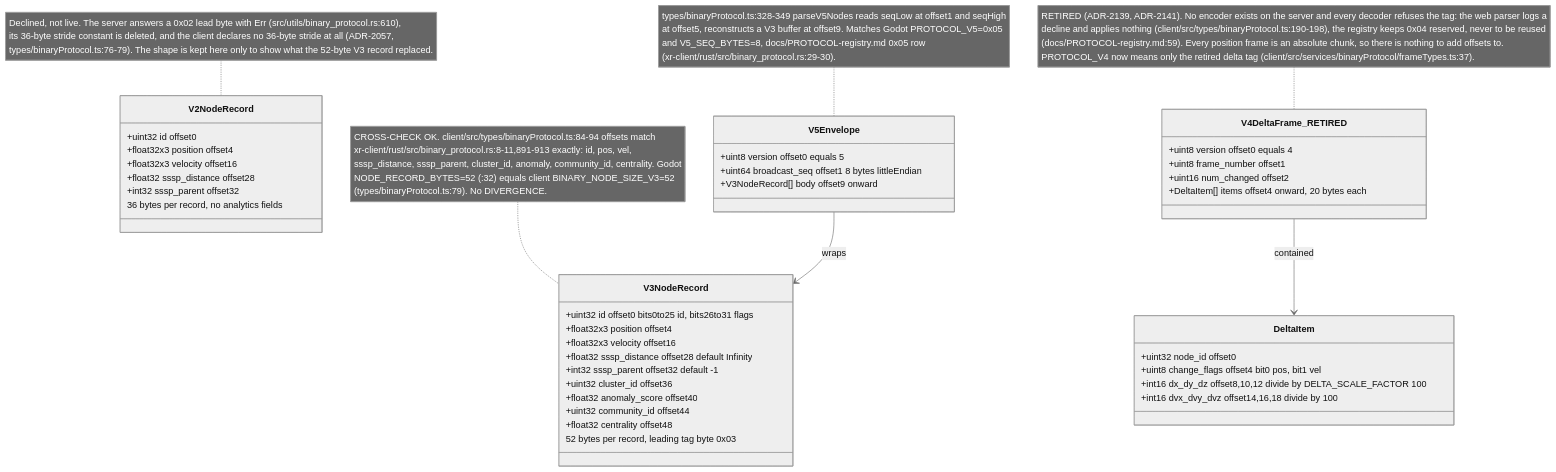
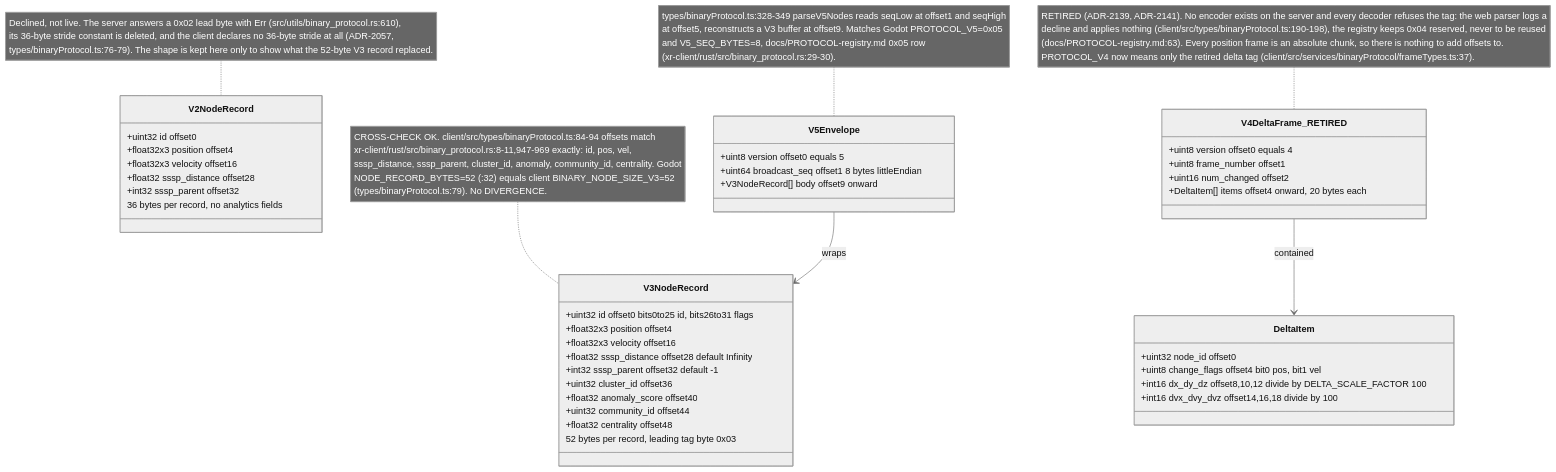
One commit to DreamLab-AI/VisionFlow changed the fifth of 14 diagrams in docs/diagrams/visionclaw/32-client-websocket-and-binary.md. Above: the diagram before and after it, drawn with Mermaid (neutral theme). The commit also changed other lines of this file and 56 other files, not shown here.

First line of the commit message:
docs(diagrams): re-verify VisionClaw topics at ec785afa9, add VC-19/56/57 and the VisionClaw register

````diff
--- a/docs/diagrams/visionclaw/32-client-websocket-and-binary.md
+++ b/docs/diagrams/visionclaw/32-client-websocket-and-binary.md
@@ -250,46 +265,46 @@
 ```mermaid
 classDiagram
     class V3NodeRecord {
       +uint32 id  offset0  bits0to25 id, bits26to31 flags
       +float32x3 position  offset4
       +float32x3 velocity  offset16
       +float32 sssp_distance  offset28  default Infinity
       +int32 sssp_parent  offset32  default -1
       +uint32 cluster_id  offset36
       +float32 anomaly_score  offset40
       +uint32 community_id  offset44
       +float32 centrality  offset48
       52 bytes per record, leading tag byte 0x03
     }
     class V2NodeRecord {
       +uint32 id  offset0
       +float32x3 position  offset4
       +float32x3 velocity  offset16
       +float32 sssp_distance  offset28
       +int32 sssp_parent  offset32
       36 bytes per record, no analytics fields
     }
     class V5Envelope {
       +uint8 version  offset0  equals 5
       +uint64 broadcast_seq  offset1  8 bytes littleEndian
       +V3NodeRecord[] body  offset9 onward
     }
     class V4DeltaFrame_RETIRED {
       +uint8 version  offset0  equals 4
       +uint8 frame_number  offset1
       +uint16 num_changed  offset2
       +DeltaItem[] items  offset4 onward, 20 bytes each
     }
     class DeltaItem {
       +uint32 node_id  offset0
       +uint8 change_flags  offset4  bit0 pos, bit1 vel
       +int16 dx_dy_dz  offset8,10,12  divide by DELTA_SCALE_FACTOR 100
       +int16 dvx_dvy_dvz  offset14,16,18  divide by 100
     }
     V5Envelope --> V3NodeRecord : wraps
     V4DeltaFrame_RETIRED --> DeltaItem : contained
-    note for V3NodeRecord "CROSS-CHECK OK. client/src/types/binaryProtocol.ts:84-94 offsets match<br/>xr-client/rust/src/binary_protocol.rs:8-11,891-913 exactly: id, pos, vel,<br/>sssp_distance, sssp_parent, cluster_id, anomaly, community_id, centrality. Godot<br/>NODE_RECORD_BYTES=52 (:32) equals client BINARY_NODE_SIZE_V3=52<br/>(types/binaryProtocol.ts:79). No DIVERGENCE."
+    note for V3NodeRecord "CROSS-CHECK OK. client/src/types/binaryProtocol.ts:84-94 offsets match<br/>xr-client/rust/src/binary_protocol.rs:8-11,947-969 exactly: id, pos, vel,<br/>sssp_distance, sssp_parent, cluster_id, anomaly, community_id, centrality. Godot<br/>NODE_RECORD_BYTES=52 (:32) equals client BINARY_NODE_SIZE_V3=52<br/>(types/binaryProtocol.ts:79). No DIVERGENCE."
     note for V2NodeRecord "Declined, not live. The server answers a 0x02 lead byte with Err (src/utils/binary_protocol.rs:610),<br/>its 36-byte stride constant is deleted, and the client declares no 36-byte stride at all (ADR-2057,<br/>types/binaryProtocol.ts:76-79). The shape is kept here only to show what the 52-byte V3 record replaced."
     note for V5Envelope "types/binaryProtocol.ts:328-349 parseV5Nodes reads seqLow at offset1 and seqHigh<br/>at offset5, reconstructs a V3 buffer at offset9. Matches Godot PROTOCOL_V5=0x05<br/>and V5_SEQ_BYTES=8, docs/PROTOCOL-registry.md 0x05 row<br/>(xr-client/rust/src/binary_protocol.rs:29-30)."
-    note for V4DeltaFrame_RETIRED "RETIRED (ADR-2139, ADR-2141). No encoder exists on the server and every decoder refuses the tag: the web parser logs a<br/>decline and applies nothing (client/src/types/binaryProtocol.ts:190-198), the registry keeps 0x04 reserved, never to be reused<br/>(docs/PROTOCOL-registry.md:59). Every position frame is an absolute chunk, so there is nothing to add offsets to.<br/>PROTOCOL_V4 now means only the retired delta tag (client/src/services/binaryProtocol/frameTypes.ts:37)."
+    note for V4DeltaFrame_RETIRED "RETIRED (ADR-2139, ADR-2141). No encoder exists on the server and every decoder refuses the tag: the web parser logs a<br/>decline and applies nothing (client/src/types/binaryProtocol.ts:190-198), the registry keeps 0x04 reserved, never to be reused<br/>(docs/PROTOCOL-registry.md:63). Every position frame is an absolute chunk, so there is nothing to add offsets to.<br/>PROTOCOL_V4 now means only the retired delta tag (client/src/services/binaryProtocol/frameTypes.ts:37)."
 ```
````
